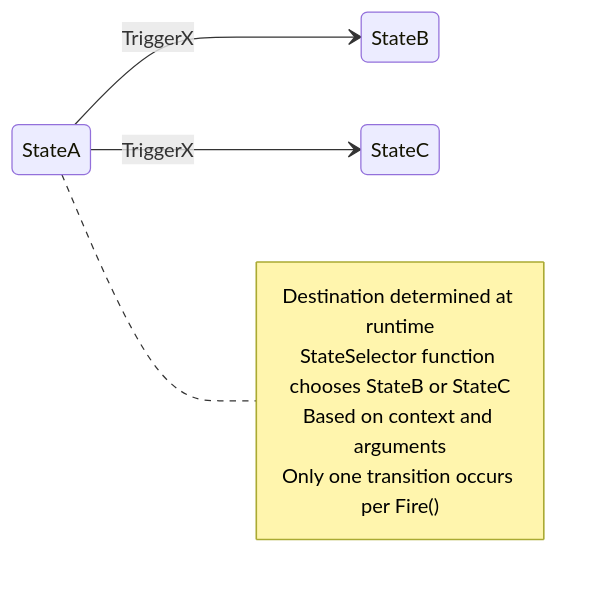
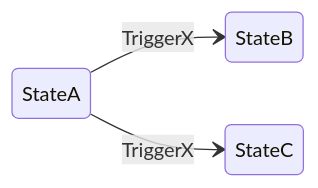
The sixth of 9 diagrams in README.md (atlekbai/stateless), drawn with Mermaid before and after one commit. The commit also changed other lines of this file, not shown here.

````diff
--- a/README.md
+++ b/README.md
@@ -238,13 +206,6 @@
 ```mermaid
 stateDiagram-v2
     direction LR
     StateA --> StateB: TriggerX
     StateA --> StateC: TriggerX
-
-    note right of StateA
-        Destination determined at runtime
-        StateSelector function chooses StateB or StateC
-        Based on context and arguments
-        Only one transition occurs per Fire()
-    end note
 ```
````
